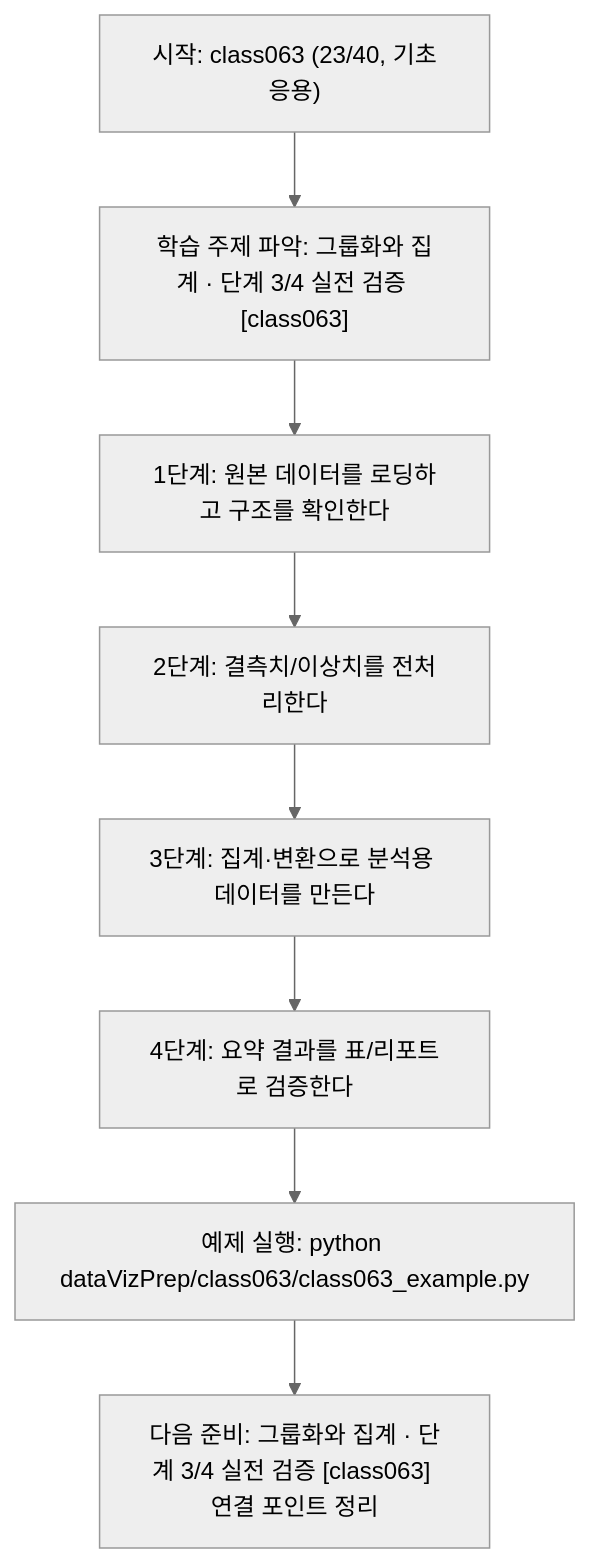
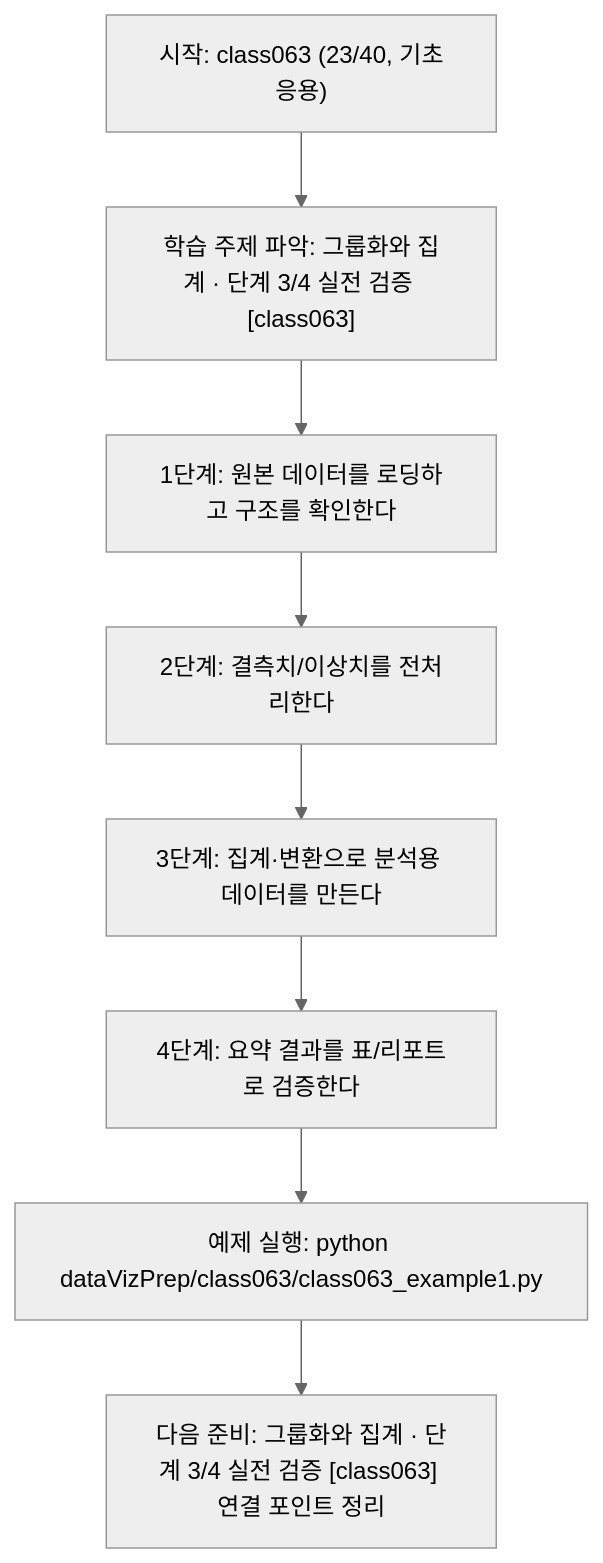
One commit to edumgt/Python-AI_Agent-Class changed the diagram in dataVizPrep/class063/class063.md. Above: the diagram before and after it, drawn with Mermaid (neutral theme). The commit also changed other lines of this file and 2959 other files, not shown here.

````diff
--- a/dataVizPrep/class063/class063.md
+++ b/dataVizPrep/class063/class063.md
@@ -110,18 +110,18 @@
 ```mermaid
 flowchart TD
 N1["시작: class063 (23/40, 기초응용)"]
 N2["학습 주제 파악: 그룹화와 집계 · 단계 3/4 실전 검증 [class063]"]
 N3["1단계: 원본 데이터를 로딩하고 구조를 확인한다"]
 N4["2단계: 결측치/이상치를 전처리한다"]
 N5["3단계: 집계·변환으로 분석용 데이터를 만든다"]
 N6["4단계: 요약 결과를 표/리포트로 검증한다"]
-N7["예제 실행: python dataVizPrep/class063/class063_example.py"]
+N7["예제 실행: python dataVizPrep/class063/class063_example1.py"]
 N8["다음 준비: 그룹화와 집계 · 단계 3/4 실전 검증 [class063] 연결 포인트 정리"]
 N1 --> N2
 N2 --> N3
 N3 --> N4
 N4 --> N5
 N5 --> N6
 N6 --> N7
 N7 --> N8
 ```
````
